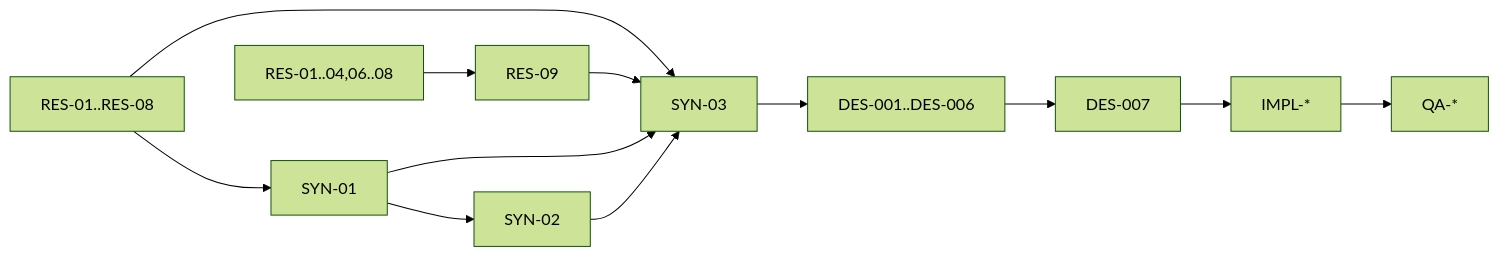
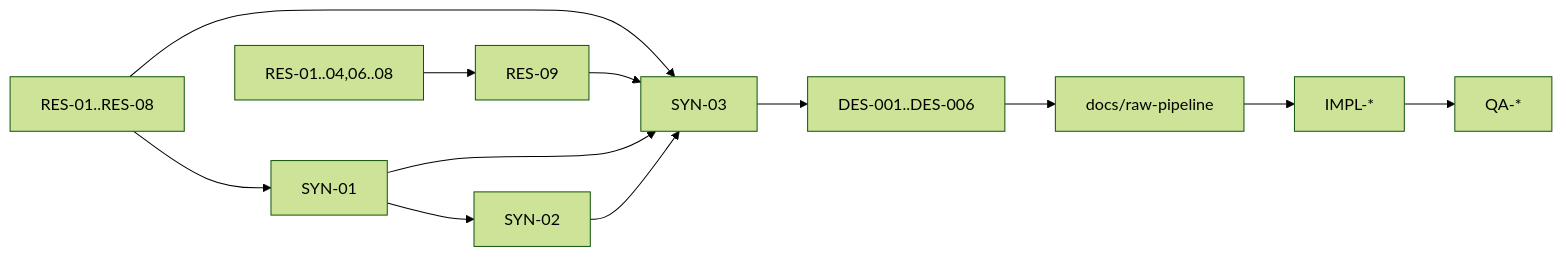
One commit to Glatzel/fornax changed the diagram in agent-work/tasks/raw-pipeline/README.md. Above: the diagram before and after it, drawn with Mermaid (forest theme). The commit also changed other lines of this file and 24 other files, not shown here.

First line of the commit message:
docs(raw-pipeline): finalize persistent design (#548)

````diff
--- a/agent-work/tasks/raw-pipeline/README.md
+++ b/agent-work/tasks/raw-pipeline/README.md
@@ -71,14 +71,14 @@
 ```mermaid
 flowchart LR
     R0["RES-01..RES-08"] --> S1["SYN-01"]
     R0 --> S3["SYN-03"]
     BackendReports["RES-01..04,06..08"] --> R9["RES-09"]
     R9 --> S3
     S1 --> S2["SYN-02"]
     S1 --> S3
     S2 --> S3
     S3 --> D["DES-001..DES-006"]
-    D --> G["DES-007"]
-    G --> I["IMPL-*"]
+    D --> Docs["docs/raw-pipeline"]
+    Docs --> I["IMPL-*"]
     I --> Q["QA-*"]
 ```
````
